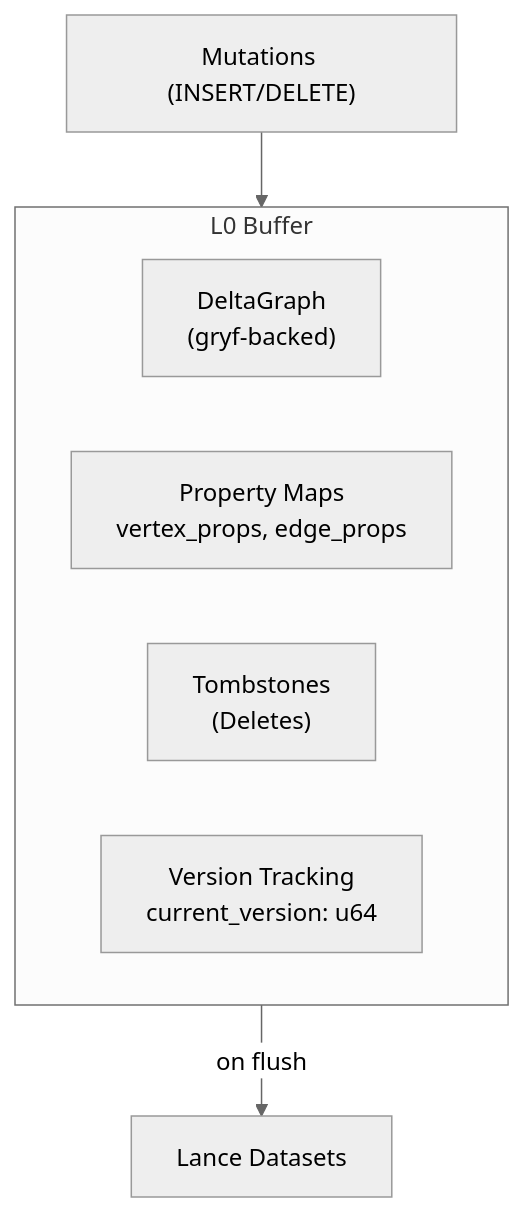
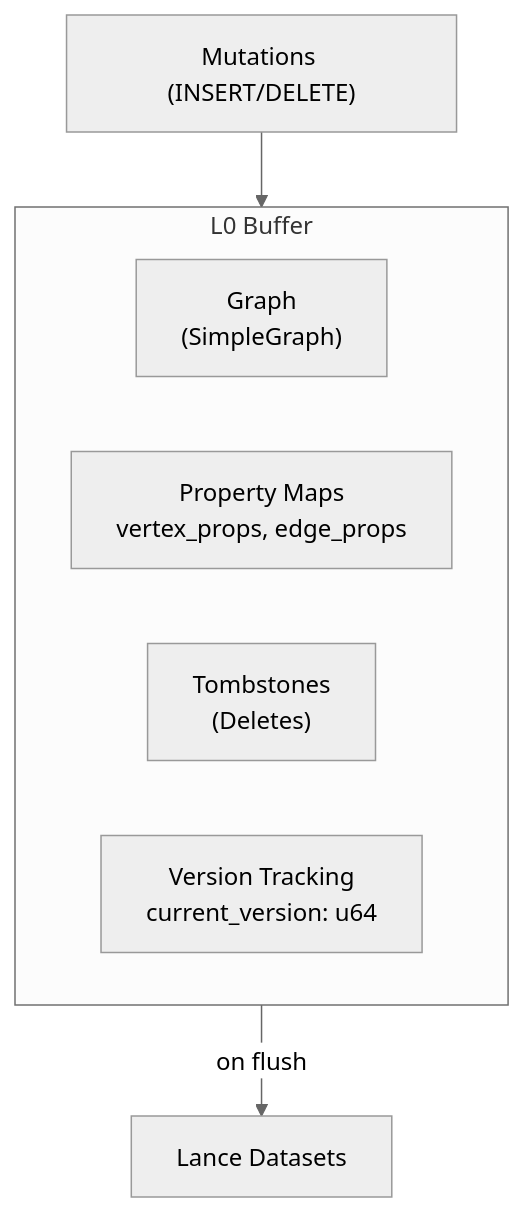
Before and after one commit to rustic-ai/uni: the fourth of 6 diagrams in website/docs/concepts/architecture.md, drawn with Mermaid (neutral theme). The commit also changed other lines of this file and 7 other files, not shown here.

````diff
--- a/website/docs/concepts/architecture.md
+++ b/website/docs/concepts/architecture.md
@@ -209,16 +210,16 @@
 ```mermaid
 flowchart TB
     M["Mutations (INSERT/DELETE)"]
 
     subgraph L0["L0 Buffer"]
-        DG["DeltaGraph<br/>(gryf-backed)"]
+        DG["Graph<br/>(SimpleGraph)"]
         PM["Property Maps<br/>vertex_props, edge_props"]
         TS["Tombstones<br/>(Deletes)"]
         VT["Version Tracking<br/>current_version: u64"]
     end
 
     Lance["Lance Datasets"]
 
     M --> L0
     L0 -->|on flush| Lance
 ```
````
